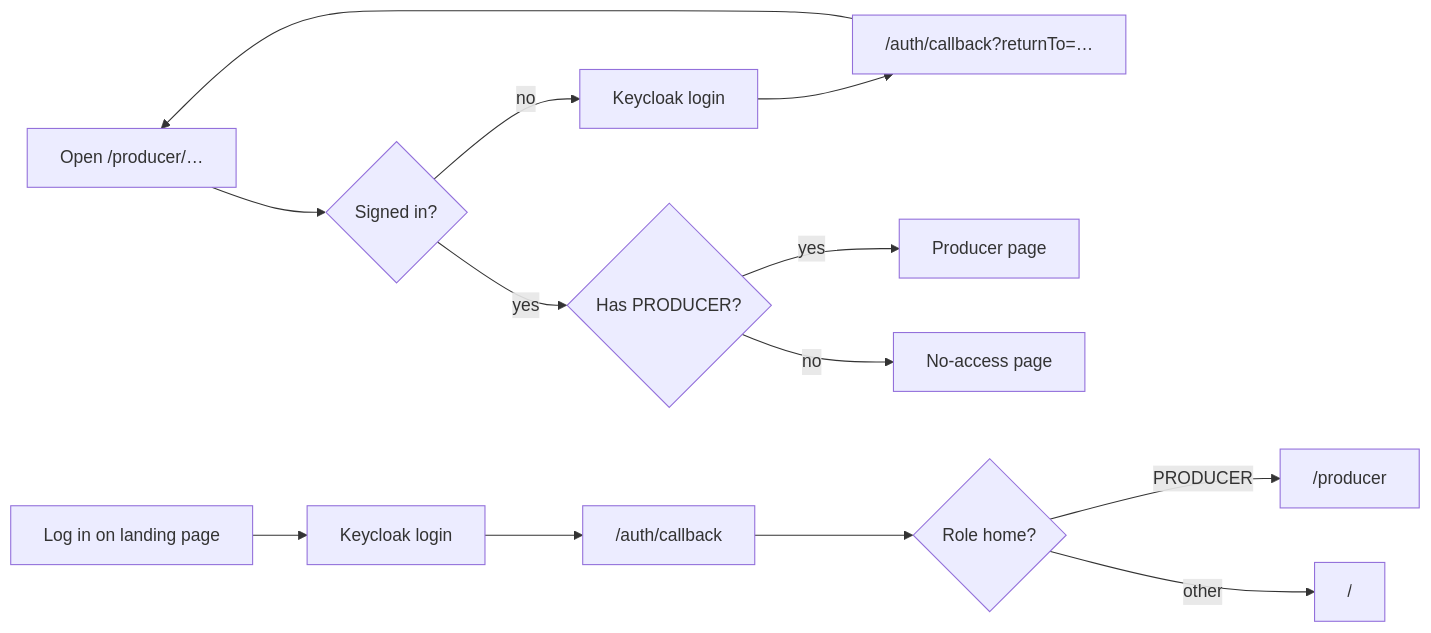
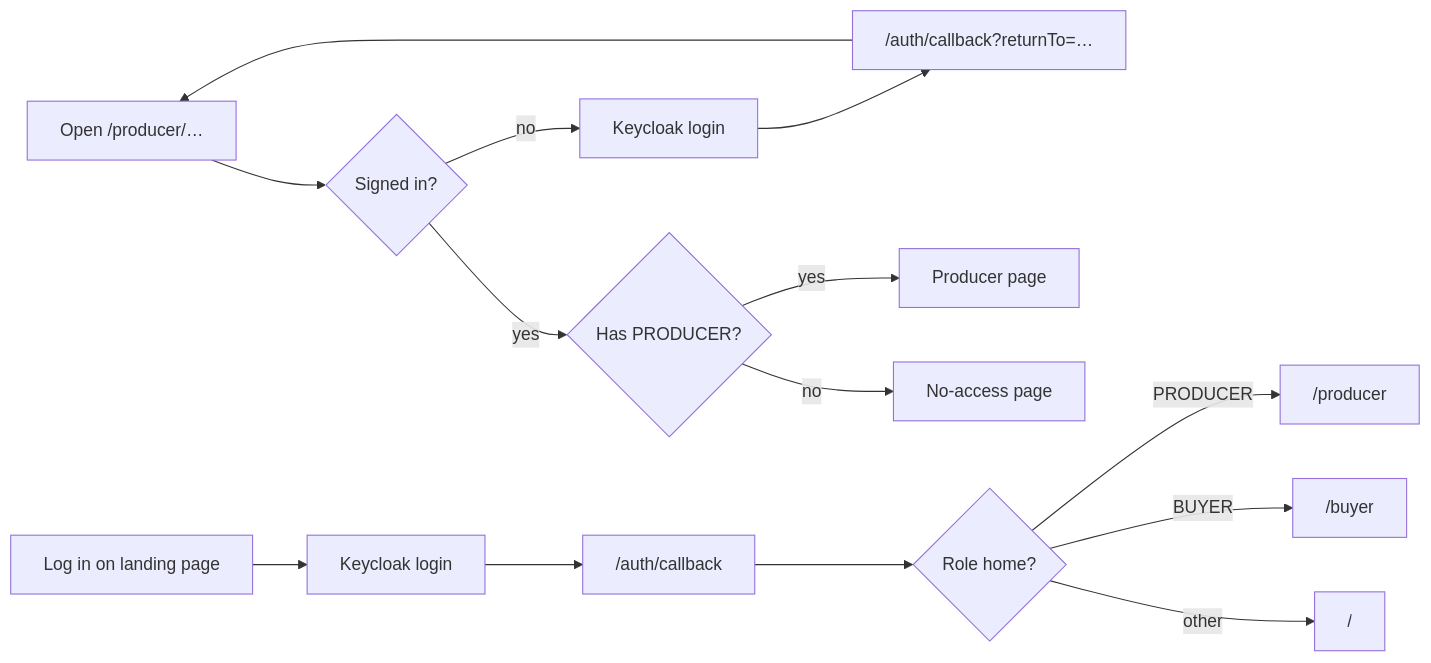
Before and after one commit to DACN-Manifest-NongNh-p/agri-supply-demand-platform: the fourth of 4 diagrams in docs/auth/README.md, drawn with Mermaid. The commit also changed other lines of this file and 40 other files, not shown here.

````diff
--- a/docs/auth/README.md
+++ b/docs/auth/README.md
@@ -241,11 +242,12 @@
 ```mermaid
 flowchart LR
     Visit["Open /producer/…"] --> Auth{"Signed in?"}
     Auth -- "no" --> KC["Keycloak login"] --> CB["/auth/callback?returnTo=…"] --> Visit
     Auth -- "yes" --> Role{"Has PRODUCER?"}
     Role -- "yes" --> Page["Producer page"]
     Role -- "no" --> Denied["No-access page"]
     Landing["Log in on landing page"] --> KC2["Keycloak login"] --> CB2["/auth/callback"] --> Home{"Role home?"}
     Home -- "PRODUCER" --> PH["/producer"]
+    Home -- "BUYER" --> BH["/buyer"]
     Home -- "other" --> L["/"]
 ```
````
